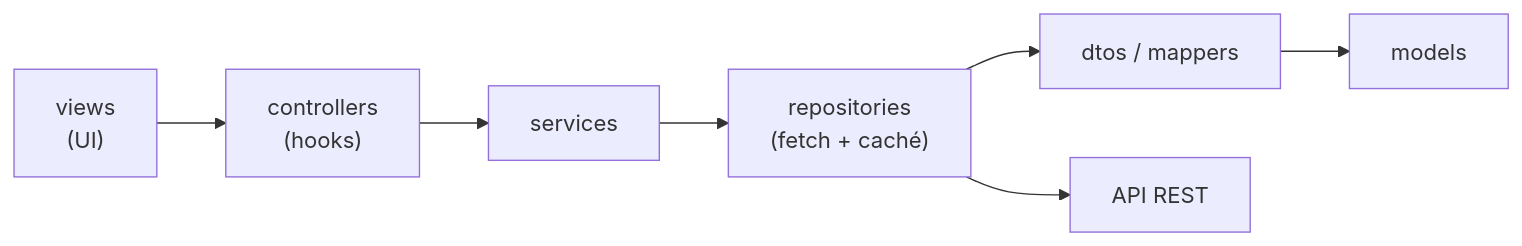
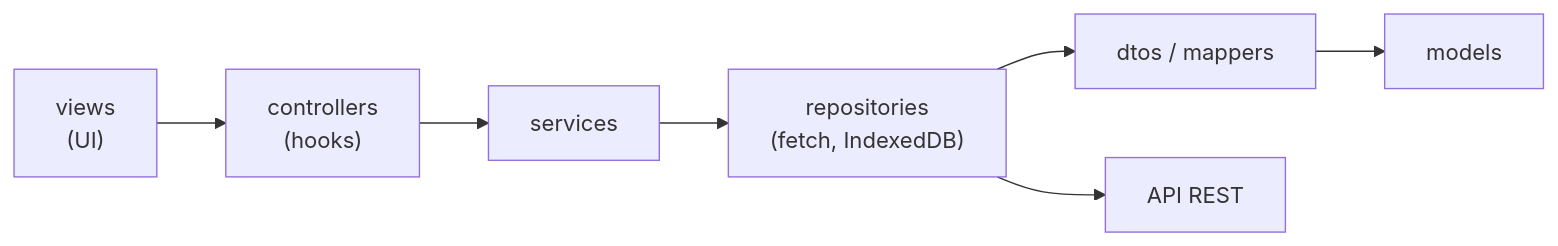
Before and after one commit to AiltonMV/vestigia-pwa: the fifth of 5 diagrams in README.md, drawn with Mermaid. The commit also changed other lines of this file, not shown here.

````diff
--- a/README.md
+++ b/README.md
@@ -236,9 +249,9 @@
 ```mermaid
 flowchart LR
     V["views<br/>(UI)"] --> C["controllers<br/>(hooks)"]
     C --> S["services"]
-    S --> R["repositories<br/>(fetch + caché)"]
+    S --> R["repositories<br/>(fetch, IndexedDB)"]
     R --> D["dtos / mappers"]
     D --> M["models"]
     R --> API["API REST"]
 ```
````
